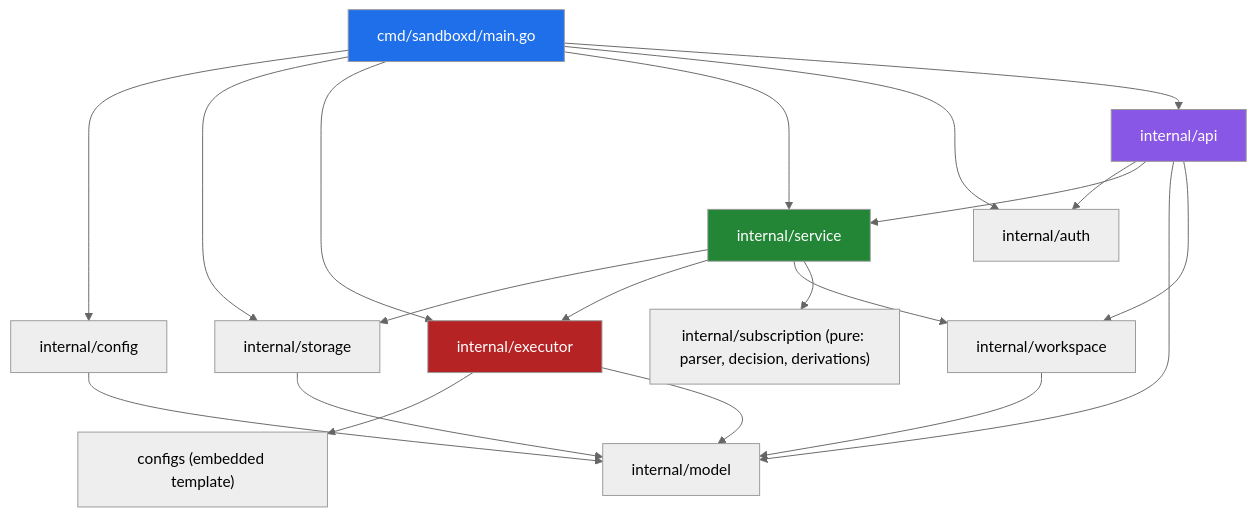
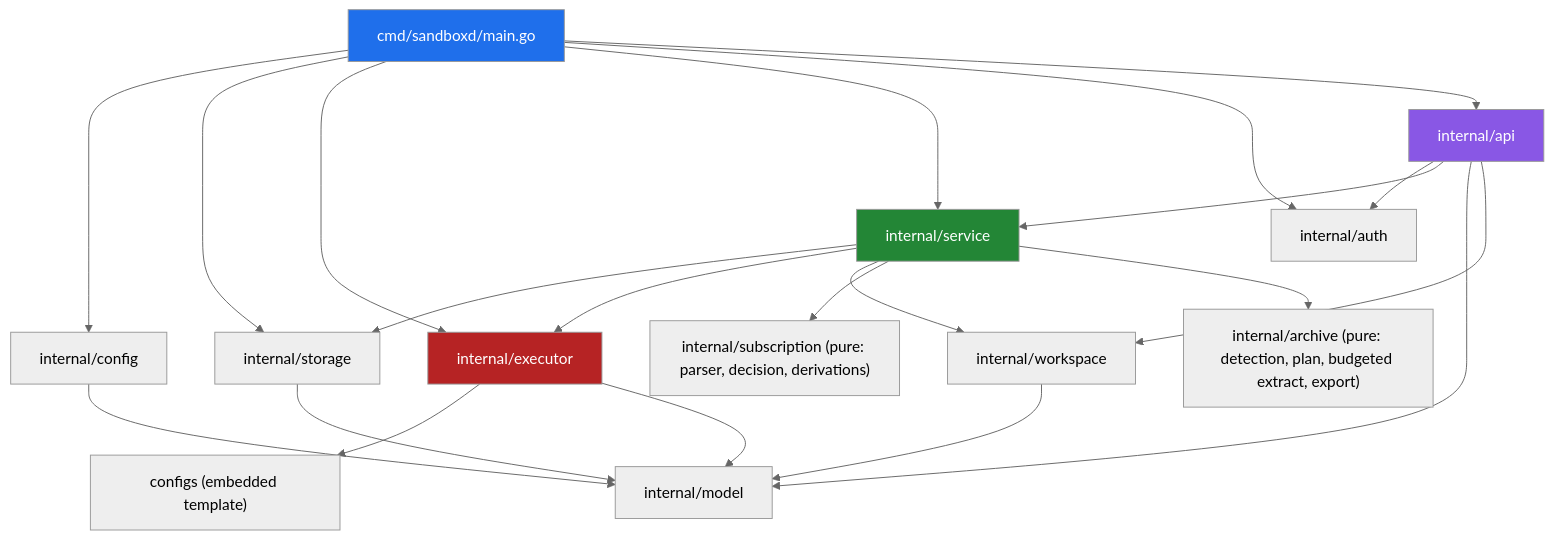
Before and after one commit to M3-mo2/cloud-service: the second of 20 diagrams in docs/ARCHITECTURE.md, drawn with Mermaid (neutral theme). The commit also changed other lines of this file and 4 other files, not shown here.

Commit message:
docs(archive): ADR 92, API/SPEC/openapi/ARCHITECTURE surface, VERIFICATION section

````diff
--- a/docs/ARCHITECTURE.md
+++ b/docs/ARCHITECTURE.md
@@ -135,30 +135,31 @@
 ```mermaid
 flowchart TD
     MAIN["cmd/sandboxd/main.go"] --> CFG["internal/config"]
     MAIN --> STORE["internal/storage"]
     MAIN --> RUN["internal/executor"]
     MAIN --> SVC["internal/service"]
     MAIN --> AUTHN["internal/auth"]
     MAIN --> API["internal/api"]
 
     API --> AUTHN
     API --> SVC
     API --> MODEL["internal/model"]
     API --> WS["internal/workspace"]
 
     SVC --> STORE
     SVC --> RUN
     SVC --> WS
     SVC --> SUB["internal/subscription (pure: parser, decision, derivations)"]
+    SVC --> ARC["internal/archive (pure: detection, plan, budgeted extract, export)"]
 
     RUN --> CFGS["configs (embedded template)"]
     RUN --> MODEL
     STORE --> MODEL
     WS --> MODEL
     CFG --> MODEL
 
     style MAIN fill:#1f6feb,color:#fff
     style API fill:#8957e5,color:#fff
     style SVC fill:#238636,color:#fff
     style RUN fill:#b62324,color:#fff
 ```
````
